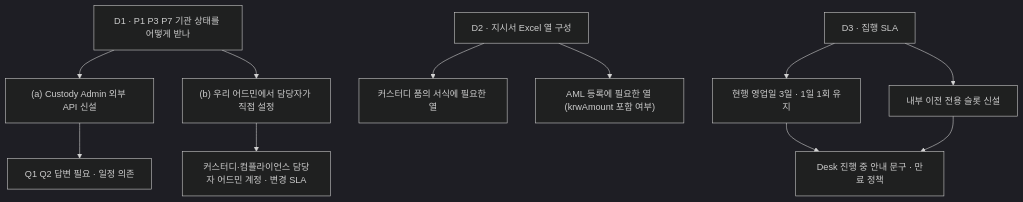
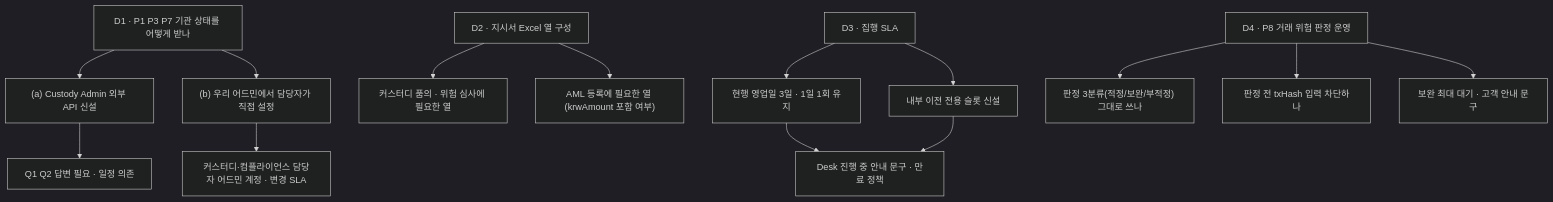
One commit to dsrvlabs/dsrv-desk changed the seventh of 7 diagrams in drafts/36_플랫폼_커스터디_연동_범위_설명자료.md. Above: the diagram before and after it, drawn with Mermaid (dark theme). The commit also changed other lines of this file and 1 other file, not shown here.

Commit message:
drafts/36 v3: P8 거래 위험 판정(집행 전 블랙리스트·KYT 심사 결과 → 어드민 행별 적정/보완/부적정 입력) 추가, 행 상태 전이·반환 행·고객 안내·D4·Q10 · drafts/35 v3 메모

````diff
--- a/drafts/36_플랫폼_커스터디_연동_범위_설명자료.md
+++ b/drafts/36_플랫폼_커스터디_연동_범위_설명자료.md
@@ -286,13 +319,15 @@
 ```mermaid
 flowchart TD
   D1["D1 · P1 P3 P7 기관 상태를 어떻게 받나"]
   D1 --> D1a["(a) Custody Admin 외부 API 신설"] & D1b["(b) 우리 어드민에서 담당자가 직접 설정"]
   D1a --> E1["Q1 Q2 답변 필요 · 일정 의존"]
   D1b --> E1b["커스터디·컴플라이언스 담당자 어드민 계정 · 변경 SLA"]
   D2["D2 · 지시서 Excel 열 구성"]
-  D2 --> D2a["커스터디 품의 서식에 필요한 열"] & D2b["AML 등록에 필요한 열 (krwAmount 포함 여부)"]
+  D2 --> D2a["커스터디 품의 · 위험 심사에 필요한 열"] & D2b["AML 등록에 필요한 열 (krwAmount 포함 여부)"]
   D3["D3 · 집행 SLA"]
   D3 --> D3a["현행 영업일 3일 · 1일 1회 유지"] & D3b["내부 이전 전용 슬롯 신설"]
   D3a --> E3["Desk 진행 중 안내 문구 · 만료 정책"]
   D3b --> E3
+  D4["D4 · P8 거래 위험 판정 운영"]
+  D4 --> D4a["판정 3분류(적정/보완/부적정) 그대로 쓰나"] & D4b["판정 전 txHash 입력 차단하나"] & D4c["보완 최대 대기 · 고객 안내 문구"]
 ```
````
